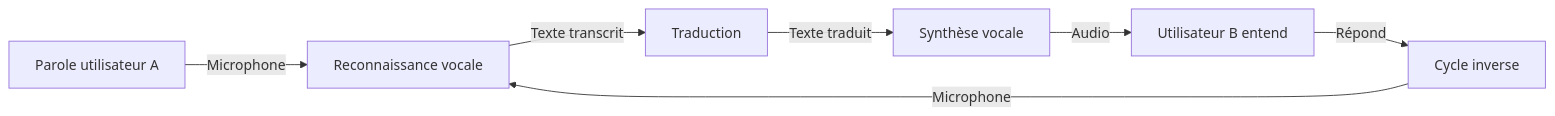
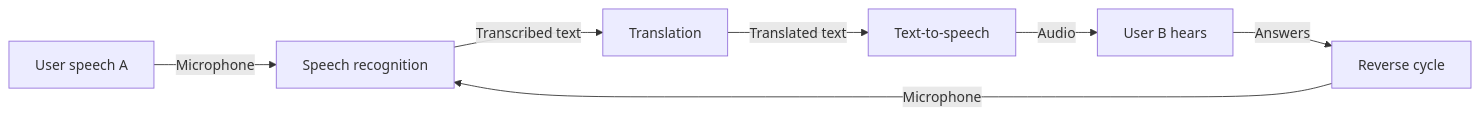
The first of 3 diagrams in README.md (nabz0r/mac-local-translator), drawn with Mermaid before and after one commit. The commit also changed other lines of this file, not shown here.

````diff
--- a/README.md
+++ b/README.md
@@ -24,9 +24,9 @@
 ```mermaid
 flowchart LR
-    A[Parole utilisateur A] -->|Microphone| B[Reconnaissance vocale]
-    B -->|Texte transcrit| C[Traduction]
-    C -->|Texte traduit| D[Synthèse vocale]
-    D -->|Audio| E[Utilisateur B entend]
-    E -->|Répond| F[Cycle inverse]
-    F -->|Microphone| B
+A[User speech A] -->|Microphone| B[Speech recognition]
+B -->|Transcribed text| C[Translation]
+C -->|Translated text| D[Text-to-speech]
+D -->|Audio| E[User B hears]
+E -->|Answers| F[Reverse cycle]
+F -->|Microphone| B
 ```
````
